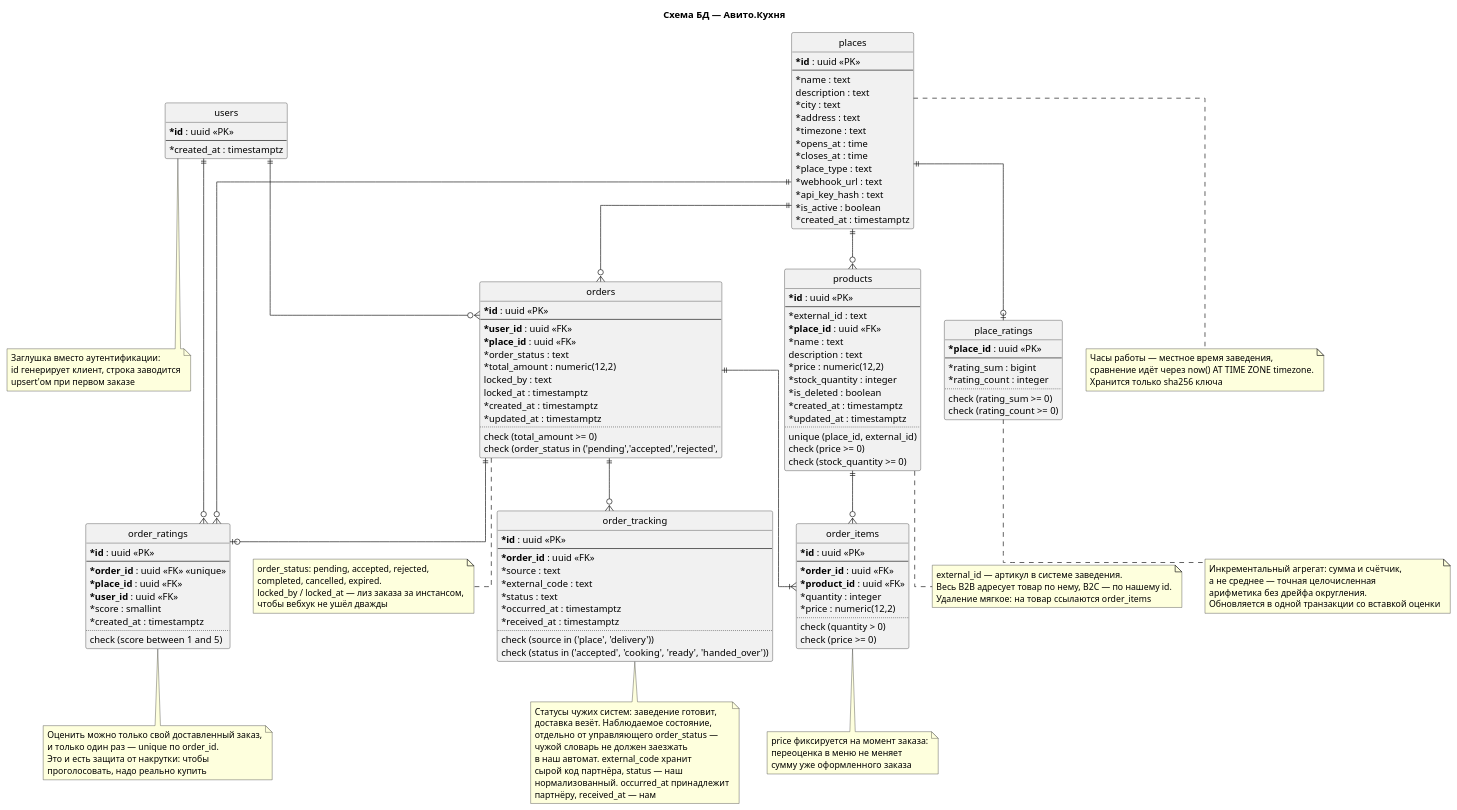
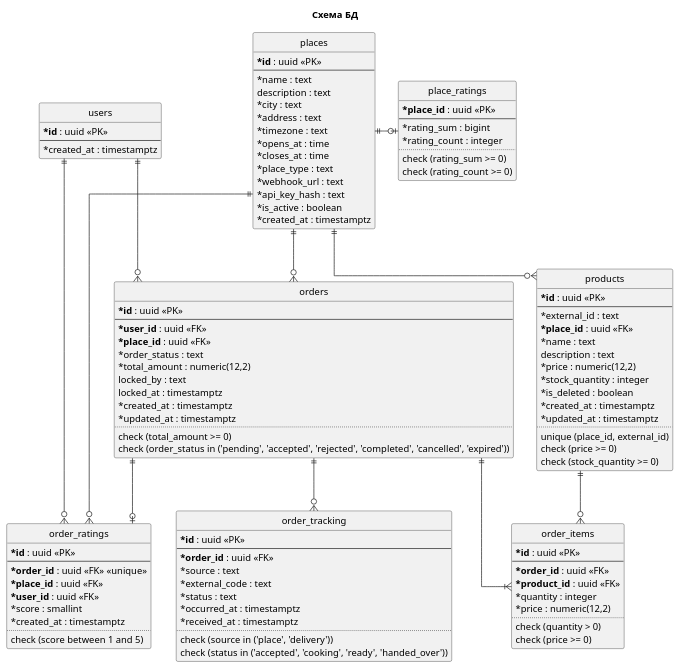
Before and after one commit to Krovenmor/avito-backend-trainee-assignment-autumn-2026: the diagram in docs/diagrams/db-schema.puml, drawn with PlantUML. The commit also changed 31 other files, not shown here.

```diff
--- a/docs/diagrams/db-schema.puml
+++ b/docs/diagrams/db-schema.puml
@@ -1,173 +1,124 @@
 @startuml db-schema
-title Схема БД — Авито.Кухня
+title Схема БД
 
 hide circle
 skinparam linetype ortho
 skinparam classAttributeIconSize 0
 
 entity users {
   * **id** : uuid <<PK>>
   --
   * created_at : timestamptz
 }
-note bottom of users
-  Заглушка вместо аутентификации:
-  id генерирует клиент, строка заводится
-  upsert'ом при первом заказе
-end note
+
+entity orders {
+  * **id** : uuid <<PK>>
+  --
+  * **user_id** : uuid <<FK>>
+  * **place_id** : uuid <<FK>>
+  * order_status : text
+  * total_amount : numeric(12,2)
+  locked_by : text
+  locked_at : timestamptz
+  * created_at : timestamptz
+  * updated_at : timestamptz
+  ..
+  check (total_amount >= 0)
+  check (order_status in ('pending', 'accepted', 'rejected', 'completed', 'cancelled', 'expired'))
+}
+
+entity order_tracking {
+  * **id** : uuid <<PK>>
+  --
+  * **order_id** : uuid <<FK>>
+  * source : text
+  * external_code : text
+  * status : text
+  * occurred_at : timestamptz
+  * received_at : timestamptz
+  ..
+  check (source in ('place', 'delivery'))
+  check (status in ('accepted', 'cooking', 'ready', 'handed_over'))
+}
+
+entity order_ratings {
+  * **id** : uuid <<PK>>
+  --
+  * **order_id** : uuid <<FK>> <<unique>>
+  * **place_id** : uuid <<FK>>
+  * **user_id** : uuid <<FK>>
+  * score : smallint
+  * created_at : timestamptz
+  ..
+  check (score between 1 and 5)
+}
 
 entity places {
   * **id** : uuid <<PK>>
   --
   * name : text
   description : text
   * city : text
   * address : text
   * timezone : text
   * opens_at : time
   * closes_at : time
   * place_type : text
   * webhook_url : text
   * api_key_hash : text
   * is_active : boolean
   * created_at : timestamptz
 }
-note bottom of places
-  Часы работы — местное время заведения,
-  сравнение идёт через now() AT TIME ZONE timezone.
-  Хранится только sha256 ключа
-end note
+
+entity place_ratings {
+  * **place_id** : uuid <<PK>>
+  --
+  * rating_sum : bigint
+  * rating_count : integer
+  ..
+  check (rating_sum >= 0)
+  check (rating_count >= 0)
+}
 
 entity products {
   * **id** : uuid <<PK>>
   --
   * external_id : text
   * **place_id** : uuid <<FK>>
   * name : text
   description : text
   * price : numeric(12,2)
   * stock_quantity : integer
   * is_deleted : boolean
   * created_at : timestamptz
   * updated_at : timestamptz
   ..
   unique (place_id, external_id)
   check (price >= 0)
   check (stock_quantity >= 0)
 }
-note bottom of products
-  external_id — артикул в системе заведения.
-  Весь B2B адресует товар по нему, B2C — по нашему id.
-  Удаление мягкое: на товар ссылаются order_items
-end note
-
-entity orders {
-  * **id** : uuid <<PK>>
-  --
-  * **user_id** : uuid <<FK>>
-  * **place_id** : uuid <<FK>>
-  * order_status : text
-  * total_amount : numeric(12,2)
-  locked_by : text
-  locked_at : timestamptz
-  * created_at : timestamptz
-  * updated_at : timestamptz
-  ..
-  check (total_amount >= 0)
-  check (order_status in ('pending','accepted','rejected',
-  'completed','cancelled','expired'))
-}
-note bottom of orders
-  order_status: pending, accepted, rejected,
-  completed, cancelled, expired.
-  locked_by / locked_at — лиз заказа за инстансом,
-  чтобы вебхук не ушёл дважды
-end note
 
 entity order_items {
   * **id** : uuid <<PK>>
   --
   * **order_id** : uuid <<FK>>
   * **product_id** : uuid <<FK>>
   * quantity : integer
   * price : numeric(12,2)
   ..
   check (quantity > 0)
   check (price >= 0)
 }
-note bottom of order_items
-  price фиксируется на момент заказа:
-  переоценка в меню не меняет
-  сумму уже оформленного заказа
-end note
 
-entity order_ratings {
-  * **id** : uuid <<PK>>
-  --
-  * **order_id** : uuid <<FK>> <<unique>>
-  * **place_id** : uuid <<FK>>
-  * **user_id** : uuid <<FK>>
-  * score : smallint
-  * created_at : timestamptz
-  ..
-  check (score between 1 and 5)
-}
-note bottom of order_ratings
-  Оценить можно только свой доставленный заказ,
-  и только один раз — unique по order_id.
-  Это и есть защита от накрутки: чтобы
-  проголосовать, надо реально купить
-end note
-
-entity place_ratings {
-  * **place_id** : uuid <<PK>>
-  --
-  * rating_sum : bigint
-  * rating_count : integer
-  ..
-  check (rating_sum >= 0)
-  check (rating_count >= 0)
-}
-note bottom of place_ratings
-  Инкрементальный агрегат: сумма и счётчик,
-  а не среднее — точная целочисленная
-  арифметика без дрейфа округления.
-  Обновляется в одной транзакции со вставкой оценки
-end note
-
-entity order_tracking {
-  * **id** : uuid <<PK>>
-  --
-  * **order_id** : uuid <<FK>>
-  * source : text
-  * external_code : text
-  * status : text
-  * occurred_at : timestamptz
-  * received_at : timestamptz
-  ..
-  check (source in ('place', 'delivery'))
-  check (status in ('accepted', 'cooking', 'ready', 'handed_over'))
-}
-note bottom of order_tracking
-  Статусы чужих систем: заведение готовит,
-  доставка везёт. Наблюдаемое состояние,
-  отдельно от управляющего order_status —
-  чужой словарь не должен заезжать
-  в наш автомат. external_code хранит
-  сырой код партнёра, status — наш
-  нормализованный. occurred_at принадлежит
-  партнёру, received_at — нам
-end note
-
-users ||--o{ orders
+users ||-d-o{ orders
+places ||-r-o| place_ratings
+places ||-d-o{ products
 places ||--o{ orders
-places ||--o{ products
-orders ||--|{ order_items
-products ||--o{ order_items
-orders ||--o| order_ratings
+orders ||-d-o{ order_tracking
+orders ||-d-o| order_ratings
 users ||--o{ order_ratings
 places ||--o{ order_ratings
-places ||--o| place_ratings
-orders ||--o{ order_tracking
+orders ||--|{ order_items
+products ||-d-o{ order_items
 
 @enduml
```
